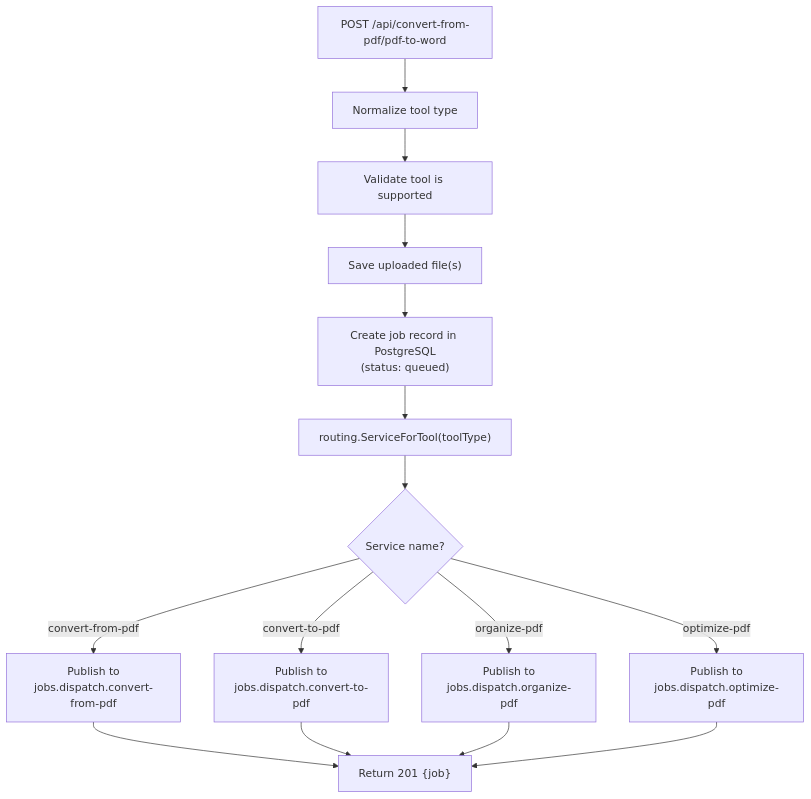
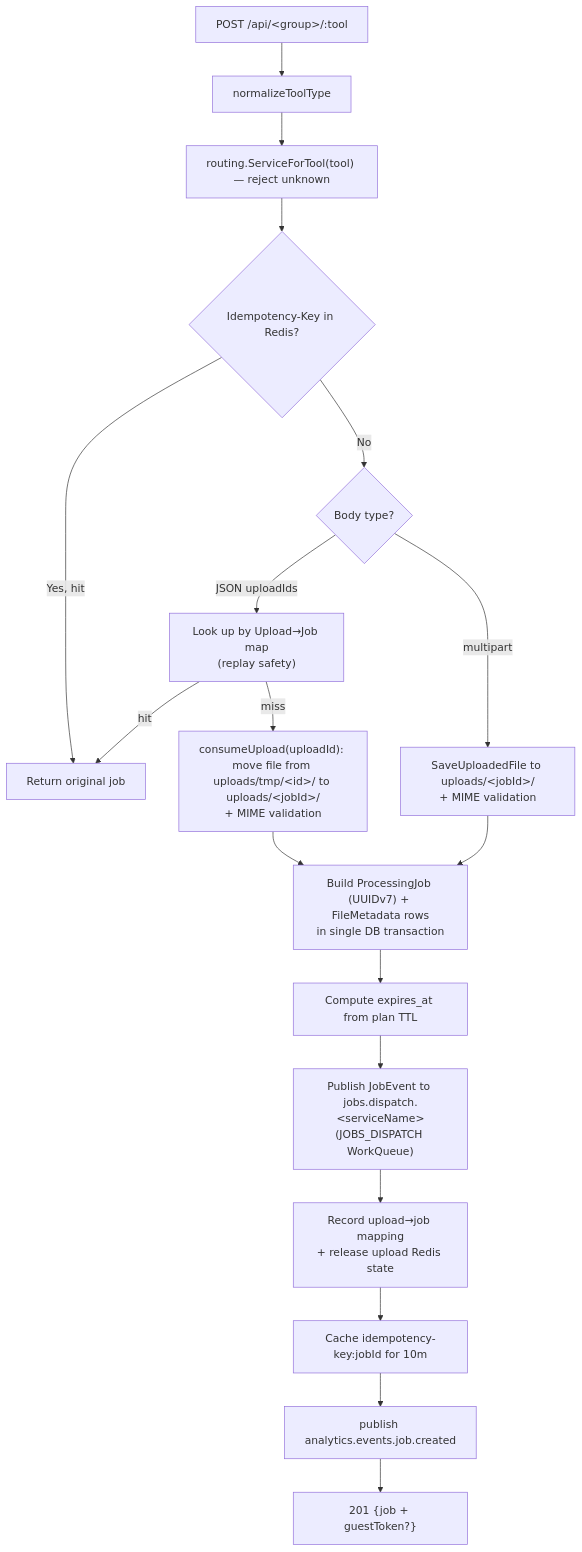
One commit to Prachidubey2003/fyredocs_backend changed the second of 5 diagrams in docs/developer/mermaid/service-job-service-architecture.md. Above: the diagram before and after it, drawn with Mermaid. The commit also changed other lines of this file and 39 other files, not shown here.

Commit message:
Refactor PDF services to use NATS JetStream for job dispatch and event publishing; enhance documentation for OPTIMIZE_PDF and ORGANIZE_PDF services; remove deprecated UPLOAD_SERVICE documentation; update OpenAPI spec for improved clarity and accuracy.

````diff
--- a/docs/developer/mermaid/service-job-service-architecture.md
+++ b/docs/developer/mermaid/service-job-service-architecture.md
@@ -91,17 +123,21 @@
 ```mermaid
 flowchart TD
-    A["POST /api/convert-from-pdf/pdf-to-word"] --> B["Normalize tool type"]
-    B --> C["Validate tool is supported"]
-    C --> D["Save uploaded file(s)"]
-    D --> E["Create job record in PostgreSQL<br/>(status: queued)"]
-    E --> F["routing.ServiceForTool(toolType)"]
-    F --> G{"Service name?"}
-    G -->|convert-from-pdf| H["Publish to<br/>jobs.dispatch.convert-from-pdf"]
-    G -->|convert-to-pdf| I["Publish to<br/>jobs.dispatch.convert-to-pdf"]
-    G -->|organize-pdf| J["Publish to<br/>jobs.dispatch.organize-pdf"]
-    G -->|optimize-pdf| K["Publish to<br/>jobs.dispatch.optimize-pdf"]
-    H --> L["Return 201 {job}"]
-    I --> L
-    J --> L
-    K --> L
+    A["POST /api/&lt;group&gt;/:tool"] --> B["normalizeToolType"]
+    B --> C["routing.ServiceForTool(tool) — reject unknown"]
+    C --> D{"Idempotency-Key in Redis?"}
+    D -->|Yes, hit| Z["Return original job"]
+    D -->|No| E{"Body type?"}
+    E -->|JSON uploadIds| E1["Look up by Upload→Job map<br/>(replay safety)"]
+    E1 -->|hit| Z
+    E1 -->|miss| F["consumeUpload(uploadId): move file from uploads/tmp/&lt;id&gt;/ to uploads/&lt;jobId&gt;/<br/>+ MIME validation"]
+    E -->|multipart| G["SaveUploadedFile to uploads/&lt;jobId&gt;/<br/>+ MIME validation"]
+    F --> H
+    G --> H
+    H["Build ProcessingJob (UUIDv7) + FileMetadata rows<br/>in single DB transaction"]
+    H --> I["Compute expires_at from plan TTL"]
+    I --> J["Publish JobEvent to jobs.dispatch.&lt;serviceName&gt;<br/>(JOBS_DISPATCH WorkQueue)"]
+    J --> K["Record upload→job mapping<br/>+ release upload Redis state"]
+    K --> L["Cache idempotency-key:jobId for 10m"]
+    L --> M["publish analytics.events.job.created"]
+    M --> N["201 {job + guestToken?}"]
 ```
````
